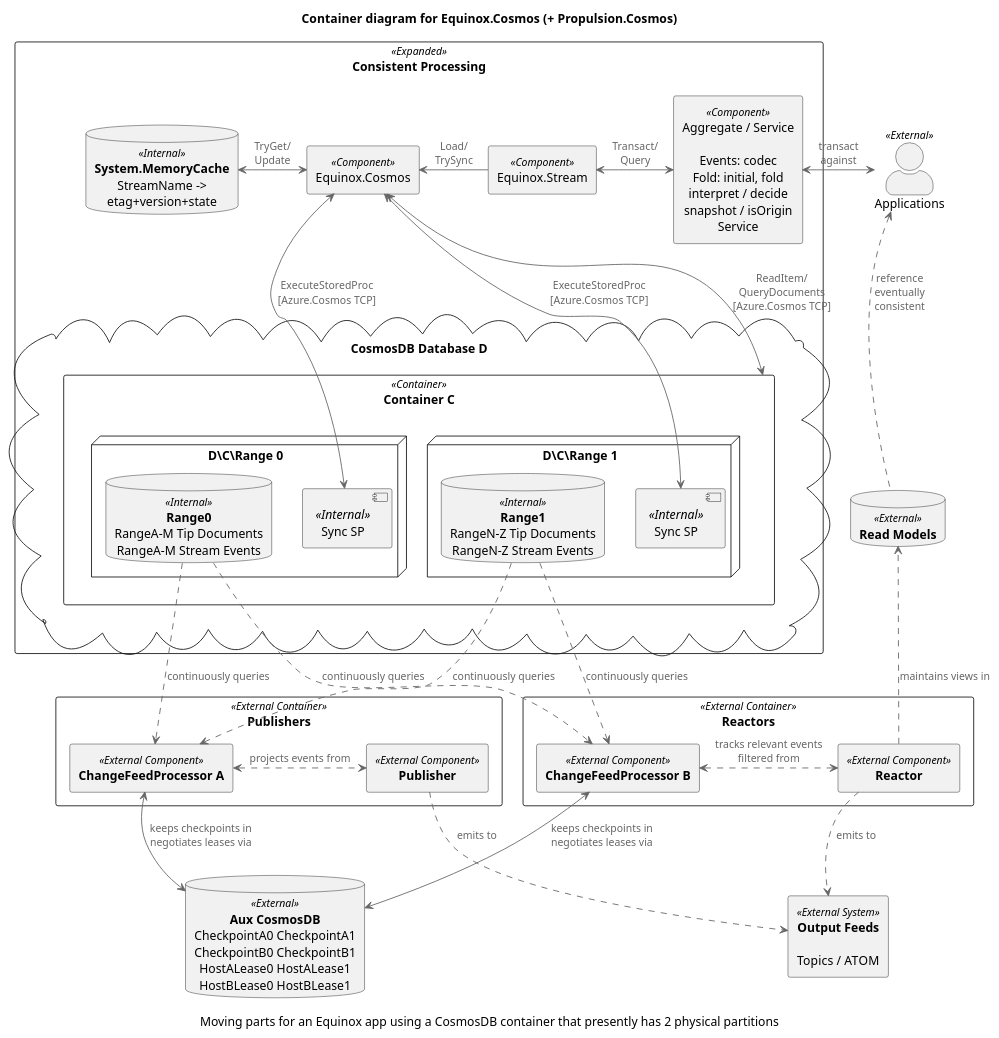
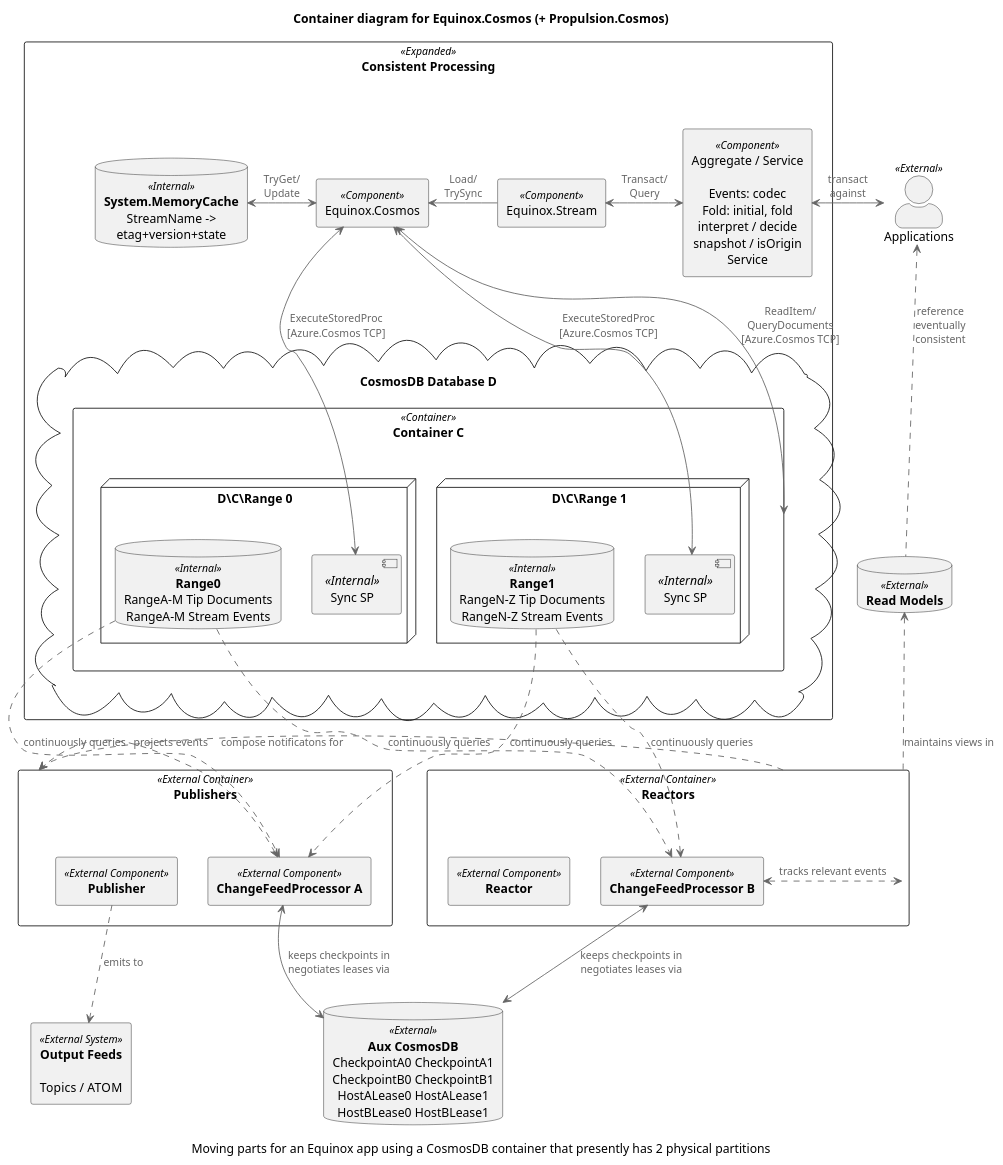
Before and after one commit to jet/equinox: the diagram in diagrams/CosmosContainer.puml, drawn with PlantUML. The commit also changed 7 other files, not shown here.

```diff
--- a/diagrams/CosmosContainer.puml
+++ b/diagrams/CosmosContainer.puml
@@ -1,123 +1,123 @@
 @startuml
 !includeurl https://raw.githubusercontent.com/skleanthous/C4-PlantumlSkin/master/build/output/c4.puml
 
 title Container diagram for Equinox.Cosmos (+ Propulsion.Cosmos)
 caption Moving parts for an Equinox app using a CosmosDB container that presently has 2 physical partitions
 
 actor "Applications" <<External>> as apps
 
 rectangle "Consistent Processing" <<Expanded>> {
     together {
         rectangle aggregate <<Component>> [
             Aggregate / Service
 
             Events: codec
             Fold: initial, fold
             interpret / decide
             snapshot / isOrigin
             Service
         ]
         rectangle stream <<Component>> [
             Equinox.Stream
         ]
     }
 
     database memorycache <<Internal>> [
         **System.MemoryCache**
         StreamName ->
         etag+version+state
     ]
 
     rectangle eqxcosmos <<Component>> [
         Equinox.Cosmos
     ]
 
     cloud "CosmosDB Database D" as db {
         rectangle "Container C" as cosmos <<Container>> {
             node "D\C\Range 0" {
                 rectangle [Sync SP] as sync0 <<Internal>>
                 database range0 <<Internal>> [
                     **Range0**
                     RangeA-M Tip Documents
                     RangeA-M Stream Events
                 ]
             }
             node "D\C\Range 1" {
                 rectangle [Sync SP] as sync1 <<Internal>>
                 database range1 <<Internal>> [
                     **Range1**
                     RangeN-Z Tip Documents
                     RangeN-Z Stream Events
                 ]
             } 
         }
     }
 }
 
-rectangle "**Publishers**" as projectors <<External Container>> {
+rectangle "**Publishers**" as publishers <<External Container>> {
     rectangle cfp0 <<External Component>> [
         **ChangeFeedProcessor A**
     ]
     rectangle projector <<External Component>> [
         **Publisher**
     ]
 }
 
 rectangle "**Reactors**" as reactors <<External Container>> {
     rectangle cfp1 <<External Component>> [
         **ChangeFeedProcessor B**
     ]
     rectangle reactor <<External Component>> [
         **Reactor**
     ]
 }
 database caches <<External>> [
     **Read Models**
 ]
 
 rectangle outputs <<External System>> [
     **Output Feeds**
 
     Topics / ATOM
 ]
 
 database aux <<External>> [
     **Aux CosmosDB**
     CheckpointA0 CheckpointA1
     CheckpointB0 CheckpointB1
     HostALease0 HostALease1
     HostBLease0 HostBLease1
 ]
 
 apps      <->   aggregate   : transact\nagainst
 apps      <.    caches      : reference\neventually\nconsistent
 
 aggregate <-L-> stream      : Transact/\nQuery
 stream     -L-> eqxcosmos   : Load/\nTrySync
 
 eqxcosmos <-L-> memorycache : TryGet/\nUpdate
 eqxcosmos <->   sync0       : ExecuteStoredProc\n[Azure.Cosmos TCP]
 eqxcosmos <->   cosmos      : ReadItem/\nQueryDocuments\n[Azure.Cosmos TCP]
 eqxcosmos <->   sync1       : ExecuteStoredProc\n[Azure.Cosmos TCP]
 
 range0     ..>  cfp0        : continuously queries
 range1     ..>  cfp0        : continuously queries
 
 range0     ..>  cfp1        : continuously queries
 range1     ..>  cfp1        : continuously queries
 
 cfp0      <->   aux         : keeps checkpoints in\nnegotiates leases via
 cfp1      <->   aux         : keeps checkpoints in\nnegotiates leases via
-cfp0      <.>   projector   : projects events from
-cfp1      <.>   reactor     : tracks relevant events filtered from
-reactor     .>  caches      : maintains views in
-reactor     .>  outputs     : emits to
+cfp0      <.>   publishers  : projects events
+cfp1      <.>   reactors    : tracks relevant events
+reactors    .>  caches      : maintains views in
+reactors    .>  publishers  : compose notificatons for
 projector   .>  outputs     : emits to
 
 eqxcosmos -[hidden]D-> sync0
 cfp0      -[hidden]D-> aux
-reactor   -[hidden]D-> outputs
-reactor   -[hidden]U-> caches
+publishers-[hidden]D-> outputs
+reactors  -[hidden]U-> caches
 caches    -[hidden]U-> apps
 
 @enduml
```
